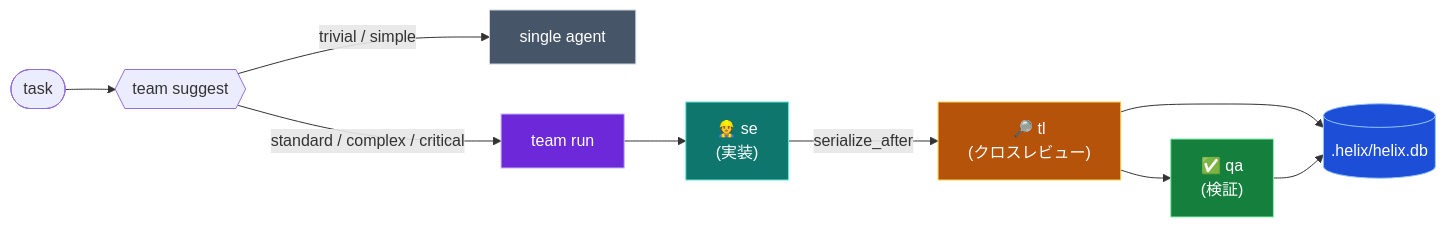
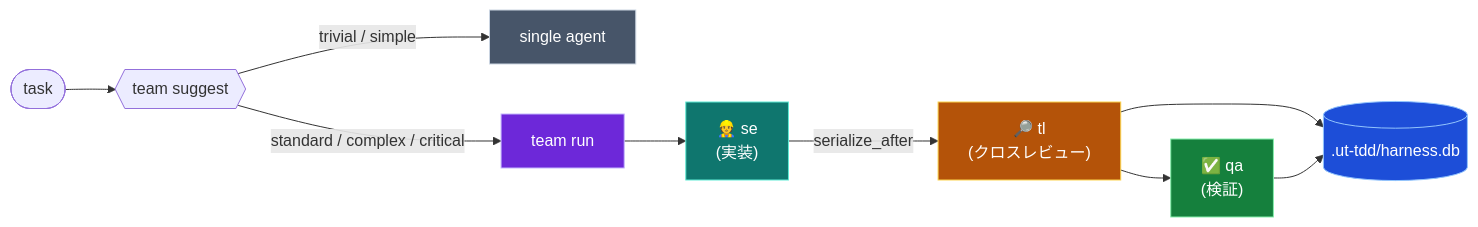
One commit to RetryYN/HELIX-HARNESS changed the fourth of 4 diagrams in README.md. Above: the diagram before and after it, drawn with Mermaid. The commit also changed other lines of this file, not shown here.

````diff
--- a/README.md
+++ b/README.md
@@ -197,18 +197,18 @@
 ```mermaid
 flowchart LR
     T([task]) --> S{{team suggest}}
     S -->|trivial / simple| Z["single agent"]:::single
     S -->|standard / complex / critical| R["team run"]:::run
     R --> SE["👷 se<br/>(実装)"]:::codex
     SE -->|serialize_after| TL["🔎 tl<br/>(クロスレビュー)"]:::claude
     TL --> QA["✅ qa<br/>(検証)"]:::qa
-    TL --> DB[(".helix/helix.db")]:::db
+    TL --> DB[(".ut-tdd/harness.db")]:::db
     QA --> DB
 
     classDef single fill:#475569,stroke:#cbd5e1,color:#fff;
     classDef run fill:#6d28d9,stroke:#c4b5fd,color:#fff;
     classDef codex fill:#0f766e,stroke:#5eead4,color:#fff;
     classDef claude fill:#b45309,stroke:#fcd34d,color:#fff;
     classDef qa fill:#15803d,stroke:#86efac,color:#fff;
     classDef db fill:#1d4ed8,stroke:#93c5fd,color:#fff;
 ```
````
